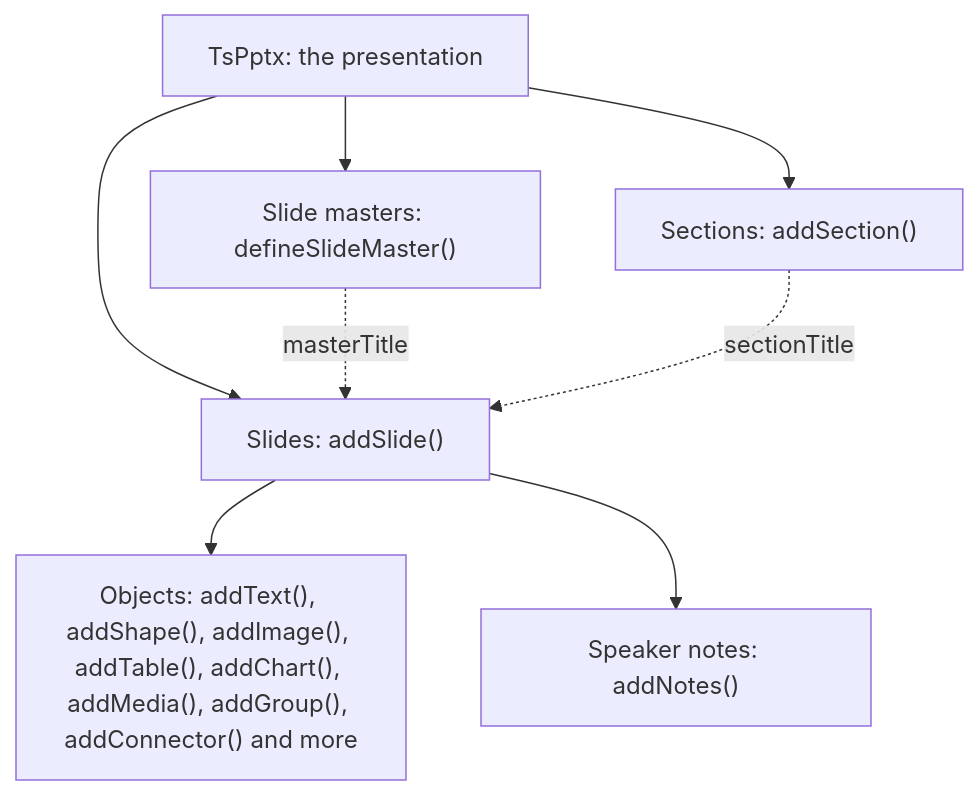
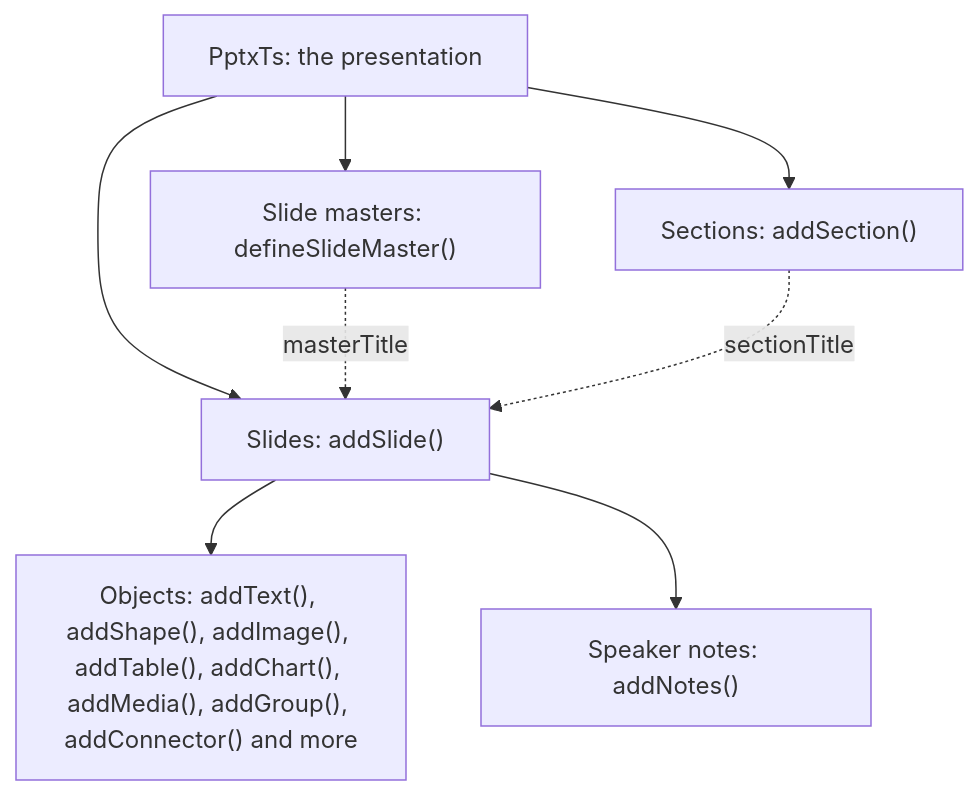
Before and after one commit to shbernal/pptx-ts: the diagram in docs/getting-started/concepts.md, drawn with Mermaid. The commit also changed other lines of this file and 238 other files, not shown here.

````diff
--- a/docs/getting-started/concepts.md
+++ b/docs/getting-started/concepts.md
@@ -19,11 +19,11 @@
 ```mermaid
 flowchart TD
-  pres["TsPptx: the presentation"]
+  pres["PptxTs: the presentation"]
   pres --> masters["Slide masters: defineSlideMaster()"]
   pres --> sections["Sections: addSection()"]
   pres --> slides["Slides: addSlide()"]
   masters -. "masterTitle" .-> slides
   sections -. "sectionTitle" .-> slides
   slides --> objects["Objects: addText(), addShape(), addImage(), addTable(), addChart(), addMedia(), addGroup(), addConnector() and more"]
   slides --> notes["Speaker notes: addNotes()"]
 ```
````
